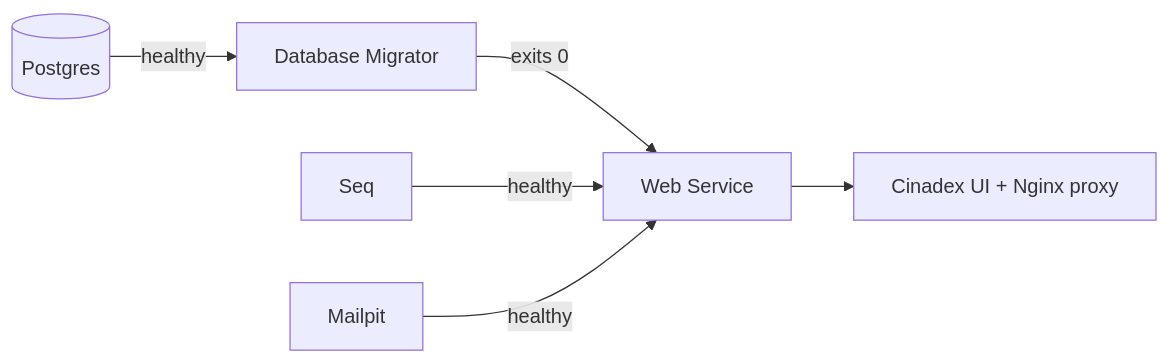
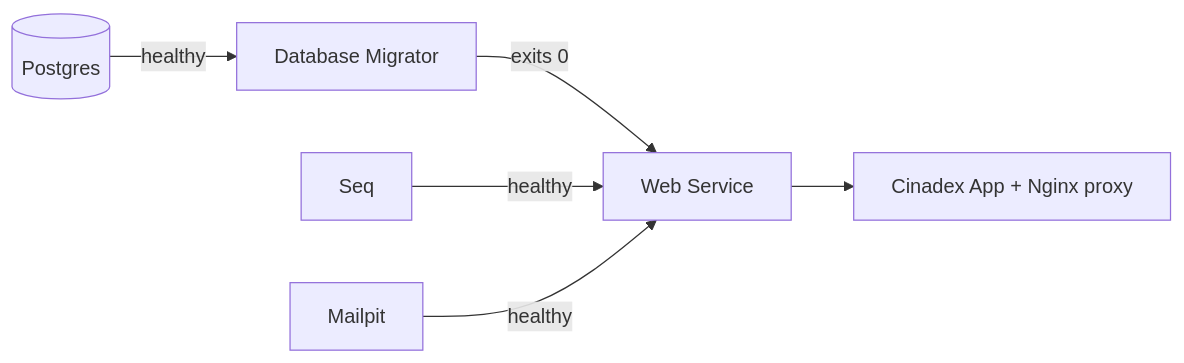
One commit to felipedferreira/Cinedex changed the diagram in docs/getting-started.md. Above: the diagram before and after it, drawn with Mermaid. The commit also changed other lines of this file and 109 other files, not shown here.

````diff
--- a/docs/getting-started.md
+++ b/docs/getting-started.md
@@ -60,8 +60,8 @@
 ```mermaid
 flowchart LR
     PG[(Postgres)] -- healthy --> MIG[Database Migrator]
     MIG -- exits 0 --> WEB[Web Service]
     SEQ[Seq] -- healthy --> WEB
     MAIL[Mailpit] -- healthy --> WEB
-    WEB --> UI[Cinadex UI + Nginx proxy]
+    WEB --> UI[Cinadex App + Nginx proxy]
 ```
````
